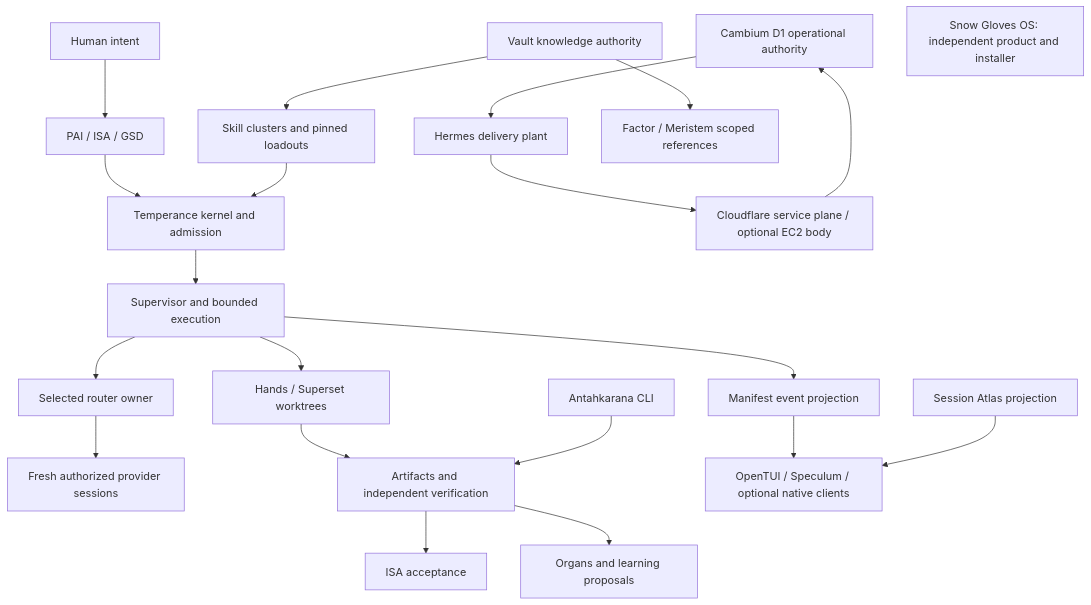
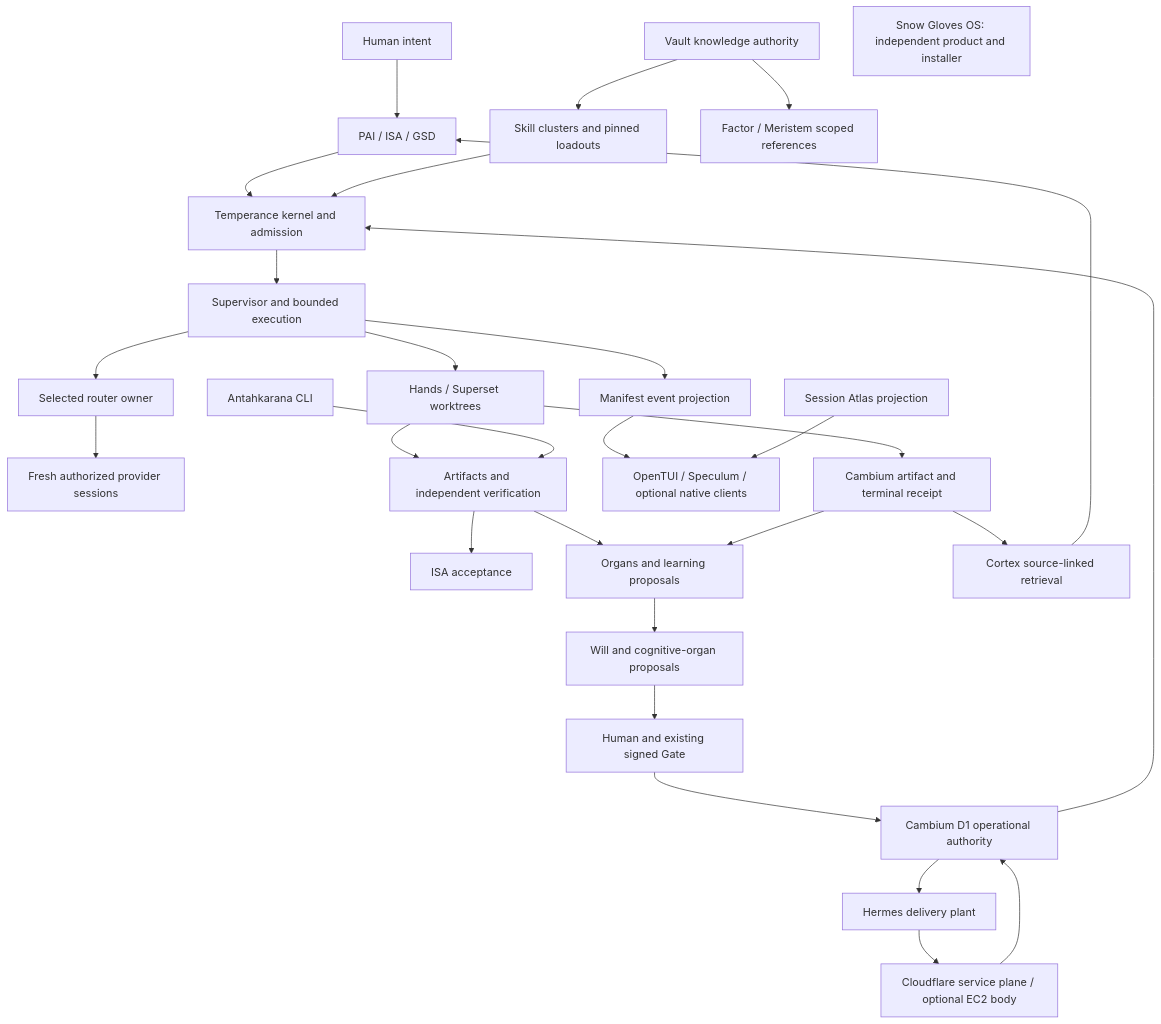
One commit to Sheshiyer/cambium changed the diagram in docs/architecture/2026-10-01-modular-mac-system-review.md. Above: the diagram before and after it, drawn with Mermaid. The commit also changed other lines of this file and 8 other files, not shown here.

````diff
--- a/docs/architecture/2026-10-01-modular-mac-system-review.md
+++ b/docs/architecture/2026-10-01-modular-mac-system-review.md
@@ -56,23 +63,31 @@
 ```mermaid
 flowchart TD
   H[Human intent] --> G[PAI / ISA / GSD]
   G --> K[Temperance kernel and admission]
   SC[Skill clusters and pinned loadouts] --> K
   K --> S[Supervisor and bounded execution]
   S --> R[Selected router owner]
   R --> P[Fresh authorized provider sessions]
   S --> W[Hands / Superset worktrees]
   W --> E[Artifacts and independent verification]
   E --> I[ISA acceptance]
   E --> L[Organs and learning proposals]
   S --> V[Manifest event projection]
   V --> UI[OpenTUI / Speculum / optional native clients]
   C[Cambium D1 operational authority] --> HE[Hermes delivery plant]
+  C --> K
+  W --> CB[Cambium artifact and terminal receipt]
+  CB --> CX[Cortex source-linked retrieval]
+  CB --> L
+  CX --> G
+  L --> PR[Will and cognitive-organ proposals]
+  PR --> HG[Human and existing signed Gate]
+  HG --> C
   HE --> CF[Cloudflare service plane / optional EC2 body]
   CF --> C
   VA[Vault knowledge authority] --> SC
   VA --> PK[Factor / Meristem scoped references]
   SG[Snow Gloves OS: independent product and installer]
   A[Antahkarana CLI] --> E
   AT[Session Atlas projection] --> UI
 ```
````
